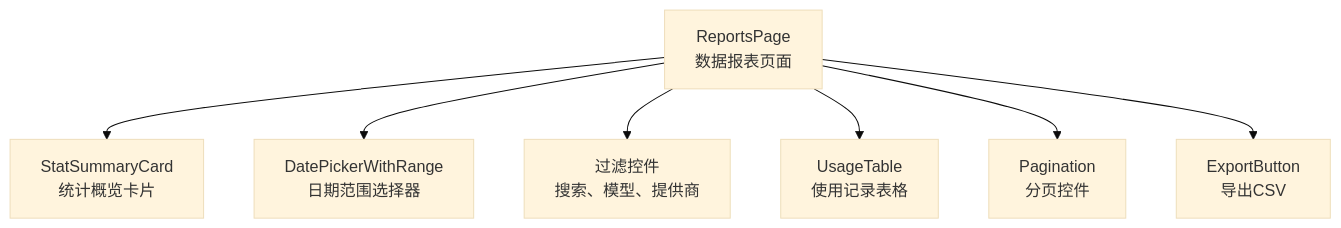
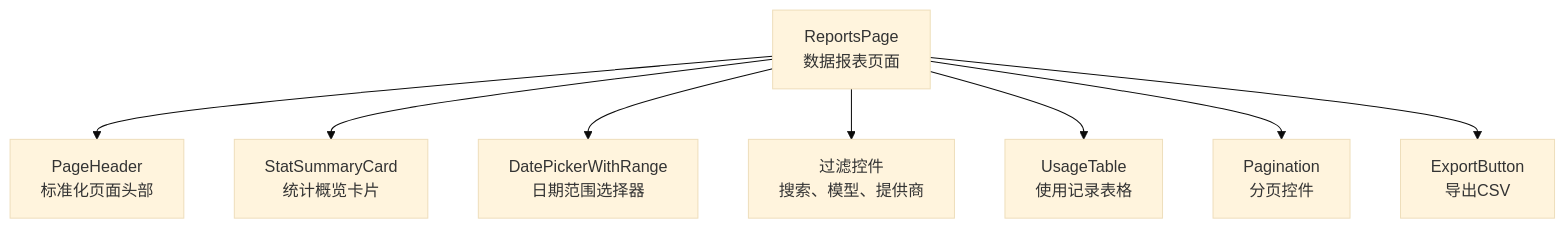
Before and after one commit to RadiumAg/AIGate: diagram 24 of 29 in .qoder/repowiki/zh/content/前端组件/仪表板布局.md, drawn with Mermaid (base theme). The commit also changed other lines of this file and 4 other files, not shown here.

````diff
--- a/.qoder/repowiki/zh/content/前端组件/仪表板布局.md
+++ b/.qoder/repowiki/zh/content/前端组件/仪表板布局.md
@@ -779,16 +980,18 @@
 ```mermaid
 graph TB
 ReportsPage["ReportsPage<br/>数据报表页面"]
+PageHeader["PageHeader<br/>标准化页面头部"]
 StatSummaryCard["StatSummaryCard<br/>统计概览卡片"]
 DatePickerWithRange["DatePickerWithRange<br/>日期范围选择器"]
 FilterControls["过滤控件<br/>搜索、模型、提供商"]
 UsageTable["UsageTable<br/>使用记录表格"]
 Pagination["Pagination<br/>分页控件"]
 ExportButton["ExportButton<br/>导出CSV"]
+ReportsPage --> PageHeader
 ReportsPage --> StatSummaryCard
 ReportsPage --> DatePickerWithRange
 ReportsPage --> FilterControls
 ReportsPage --> UsageTable
 ReportsPage --> Pagination
 ReportsPage --> ExportButton
 ```
````
